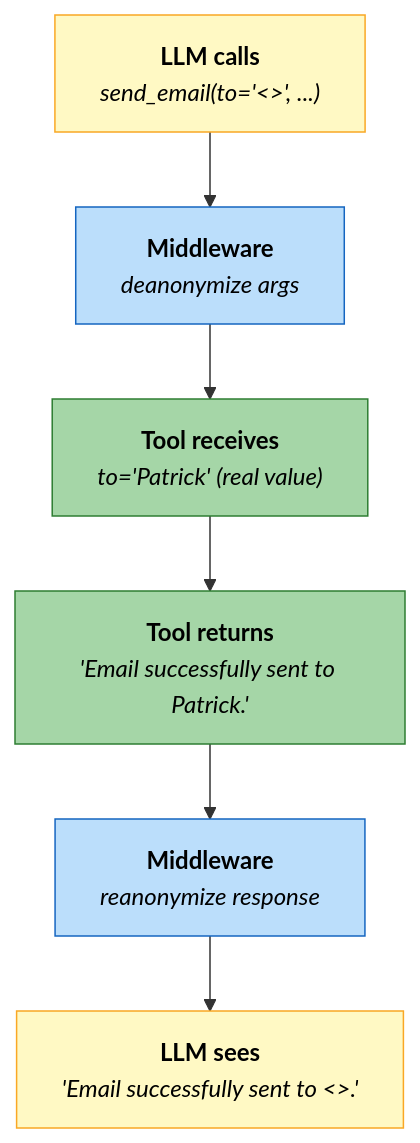
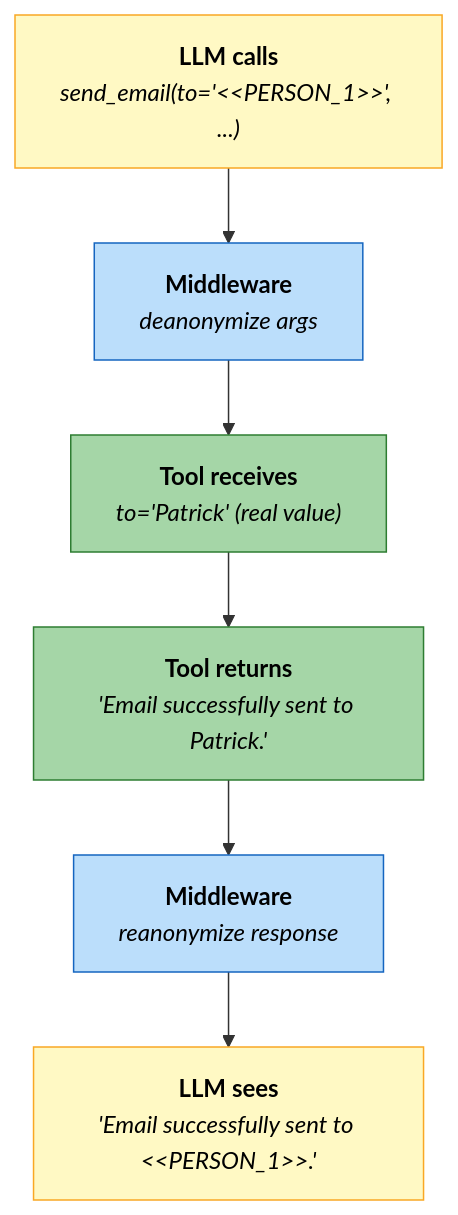
Before and after one commit to Athroniaeth/piighost: the third of 4 diagrams in docs/en/examples/langchain.md, drawn with Mermaid. The commit also changed other lines of this file and 1 other file, not shown here.

First line of the commit message:
docs(langchain): escape angle brackets in Mermaid placeholders

````diff
--- a/docs/en/examples/langchain.md
+++ b/docs/en/examples/langchain.md
@@ -198,21 +198,21 @@
 ```mermaid
 flowchart TB
     classDef tool fill:#A5D6A7,stroke:#2E7D32,color:#000
     classDef mw fill:#BBDEFB,stroke:#1565C0,color:#000
     classDef llm fill:#FFF9C4,stroke:#F9A825,color:#000
 
     L1["`**LLM calls**
-    _send_email(to='<<PERSON_1>>', ...)_`"]:::llm
+    _send_email(to='&lt;&lt;PERSON_1&gt;&gt;', ...)_`"]:::llm
     M1["`**Middleware**
     _deanonymize args_`"]:::mw
     T1["`**Tool receives**
     _to='Patrick' (real value)_`"]:::tool
     T2["`**Tool returns**
     _'Email successfully sent to Patrick.'_`"]:::tool
     M2["`**Middleware**
     _reanonymize response_`"]:::mw
     L2["`**LLM sees**
-    _'Email successfully sent to <<PERSON_1>>.'_`"]:::llm
+    _'Email successfully sent to &lt;&lt;PERSON_1&gt;&gt;.'_`"]:::llm
 
     L1 --> M1 --> T1 --> T2 --> M2 --> L2
 ```
````
